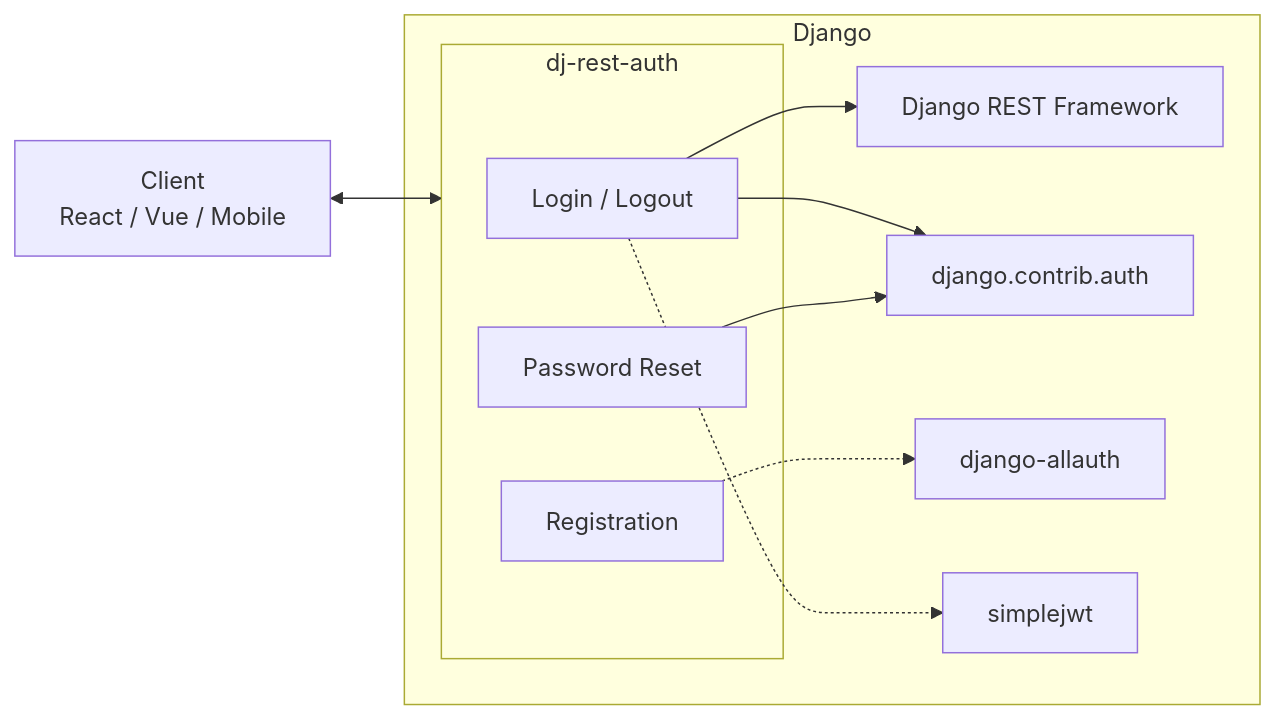
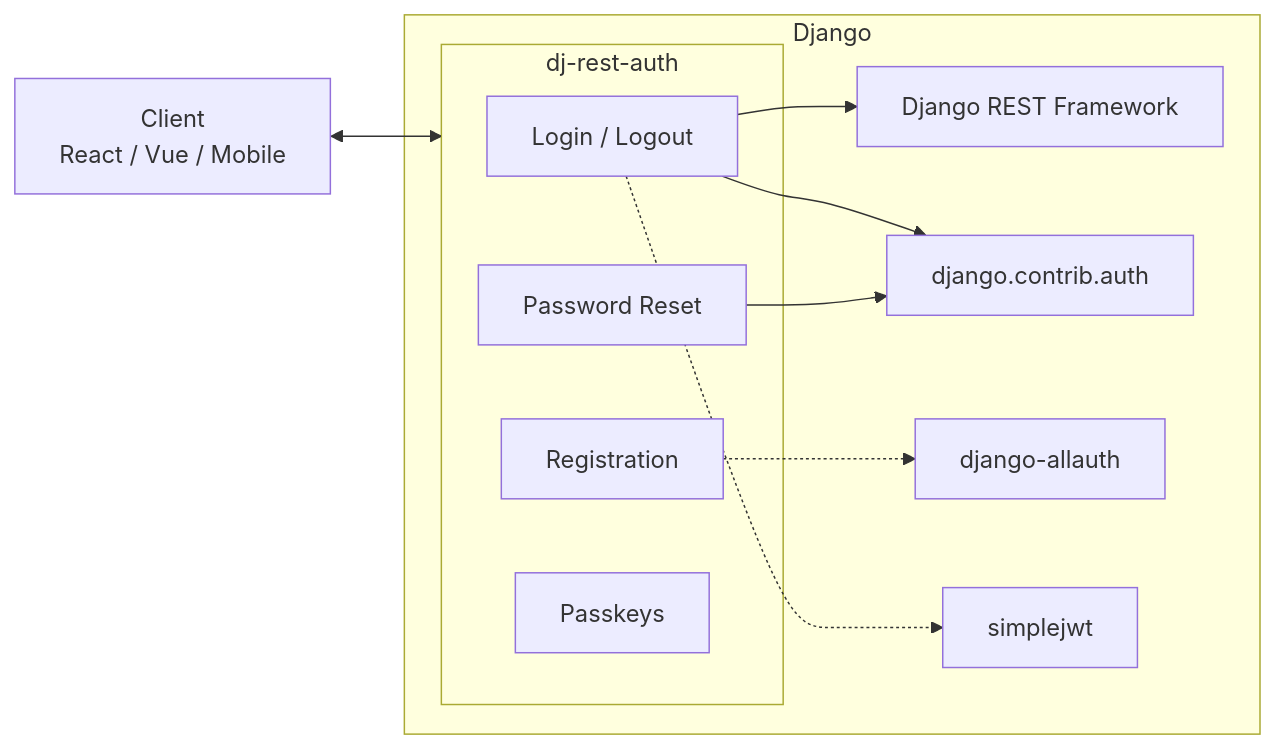
Before and after one commit to iMerica/dj-rest-auth: the diagram in README.md, drawn with Mermaid. The commit also changed other lines of this file and 6 other files, not shown here.

````diff
--- a/README.md
+++ b/README.md
@@ -24,25 +25,26 @@
 ```mermaid
 flowchart LR
     Client[Client<br/>React / Vue / Mobile]
     
     subgraph Django
         subgraph dj-rest-auth
             Auth[Login / Logout]
             Reg[Registration]
             PW[Password Reset]
+            PK[Passkeys]
         end
         
         DRF[Django REST Framework]
         DJAuth[django.contrib.auth]
         AA[django-allauth]
         JWT[simplejwt]
     end
     
     Client <--> dj-rest-auth
     
     Auth --> DRF
     Auth --> DJAuth
     Auth -.-> JWT
     Reg -.-> AA
     PW --> DJAuth
 ```
````
